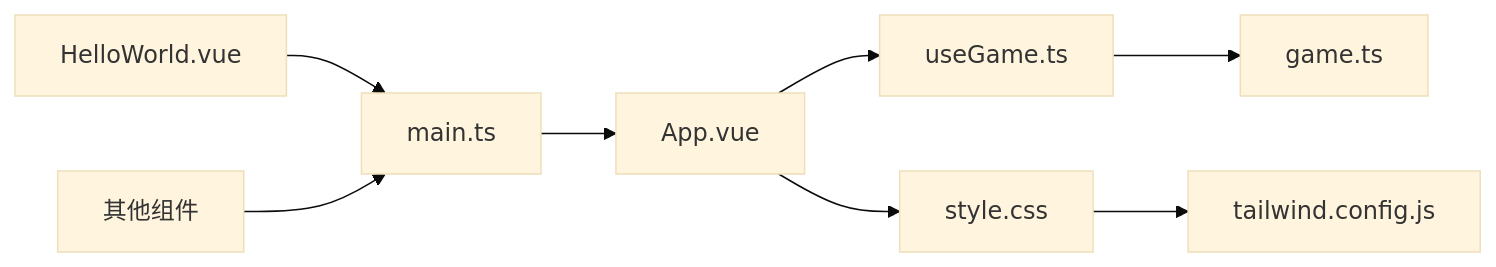
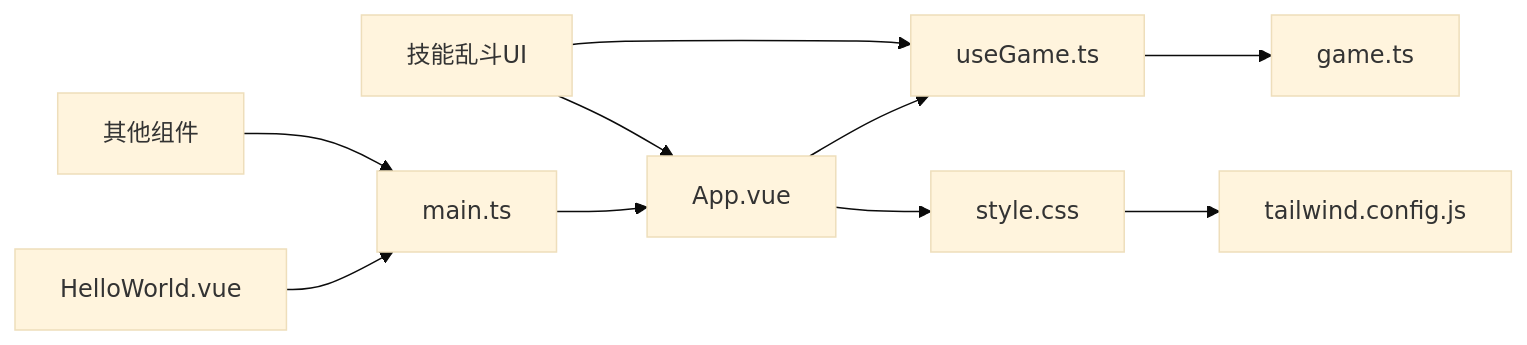
The ninth of 9 diagrams in .qoder/repowiki/zh/content/组件系统.md (mrancc/reimagined-journey), drawn with Mermaid (base theme) before and after one commit. The commit also changed other lines of this file and 8 other files, not shown here.

````diff
--- a/.qoder/repowiki/zh/content/组件系统.md
+++ b/.qoder/repowiki/zh/content/组件系统.md
@@ -456,10 +574,12 @@
 ```mermaid
 graph LR
 A[main.ts] --> B[App.vue]
 B --> C[useGame.ts]
 C --> D[game.ts]
 B --> E[style.css]
 E --> F[tailwind.config.js]
 G[HelloWorld.vue] --> A
 H[其他组件] --> A
+I[技能乱斗UI] --> B
+I --> C
 ```
````
